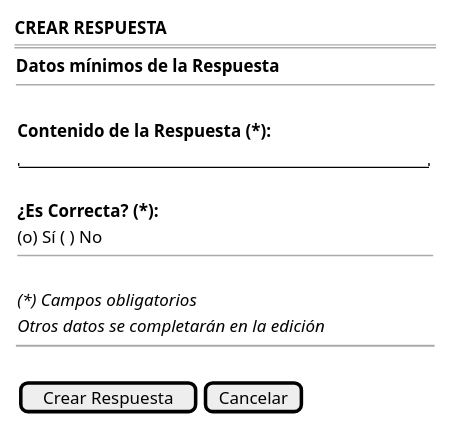
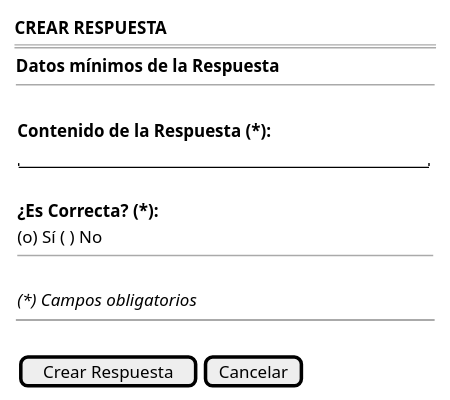
One commit to martinlopez7/25-26-IdSw1-SdR changed the diagram in documents/casos-de-uso/prototipadoCasosDeUso/crearRespuestas/crearRespuesta.puml. Above: the diagram before and after it, drawn with PlantUML. The commit also changed 9 other files, not shown here.

```diff
--- a/documents/casos-de-uso/prototipadoCasosDeUso/crearRespuestas/crearRespuesta.puml
+++ b/documents/casos-de-uso/prototipadoCasosDeUso/crearRespuestas/crearRespuesta.puml
@@ -1,28 +1,27 @@
 @startsalt crearRespuesta_FORMULARIO
 {
     <b>CREAR RESPUESTA</b>
     ===
     {
         <b>Datos mínimos de la Respuesta</b>
         --
         {
             .
             <b>Contenido de la Respuesta (*):</b>
             
            "                                    "
             .
             <b>¿Es Correcta? (*):</b>
             (o) Sí ( ) No
             
             --
             .
             <i>(*) Campos obligatorios</i>
-            <i>Otros datos se completarán en la edición</i>
         }
 
         ~~
         .
         {[Crear Respuesta] | [Cancelar]}
     }
 }
 @endsalt
```
